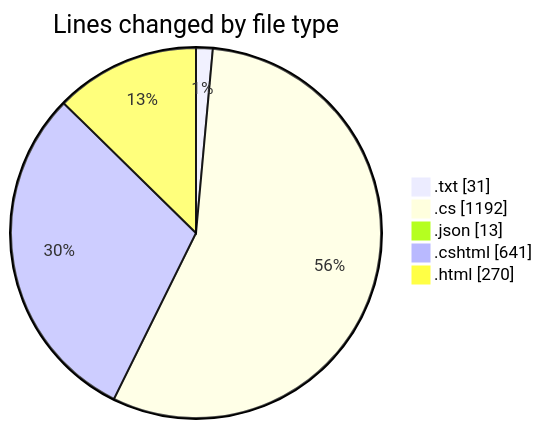
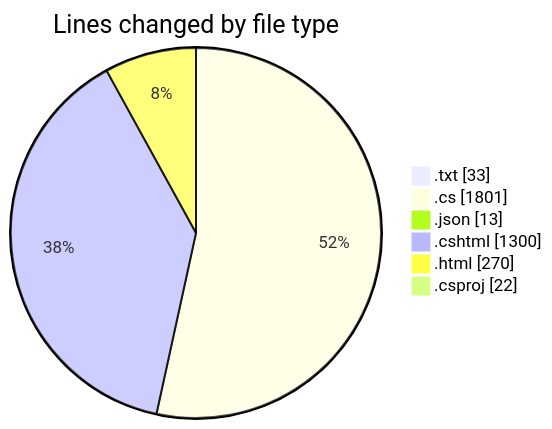
Before and after one commit to lephambinh05/code-tracking: the first of 2 diagrams in 2025-07-27/quanlyrapchieuphim-1/README.md, drawn with Mermaid. The commit also changed other lines of this file and 1 other file, not shown here.

````diff
--- a/2025-07-27/quanlyrapchieuphim-1/README.md
+++ b/2025-07-27/quanlyrapchieuphim-1/README.md
@@ -30,9 +38,10 @@
 ```mermaid
 pie showData
 title Lines changed by file type
-".txt" : 31
-".cs" : 1192
+".txt" : 33
+".cs" : 1801
 ".json" : 13
-".cshtml" : 641
+".cshtml" : 1300
 ".html" : 270
+".csproj" : 22
 ```
````
